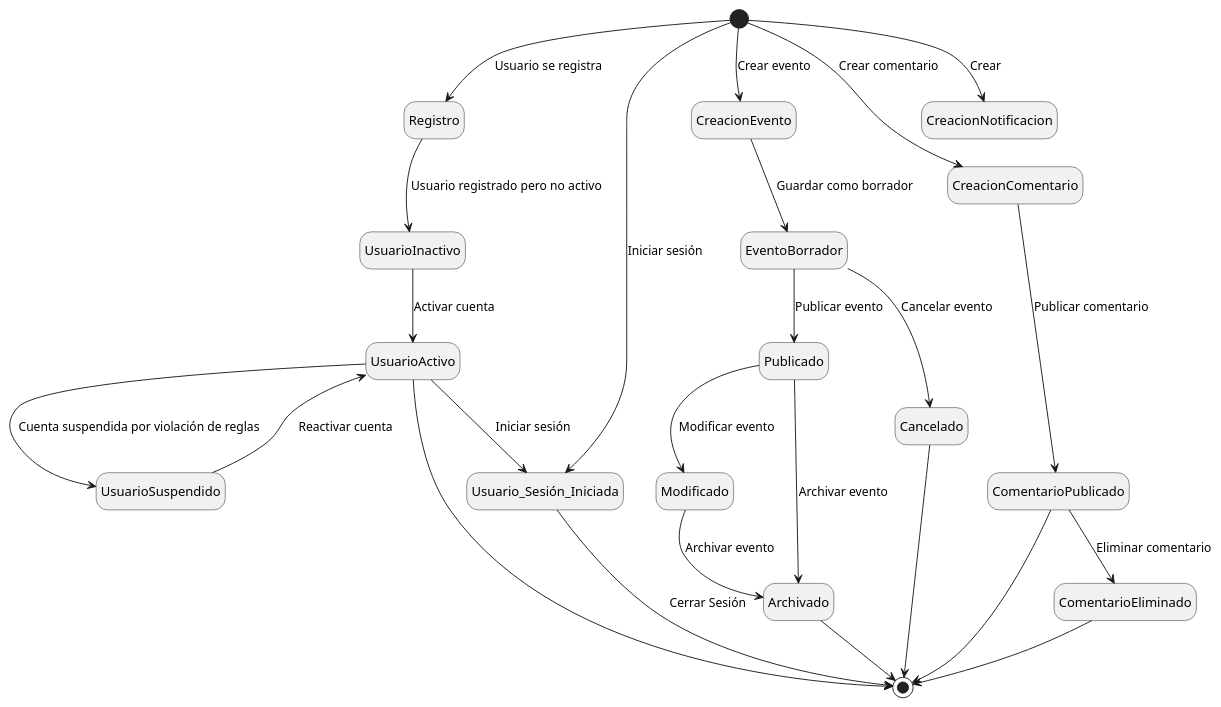
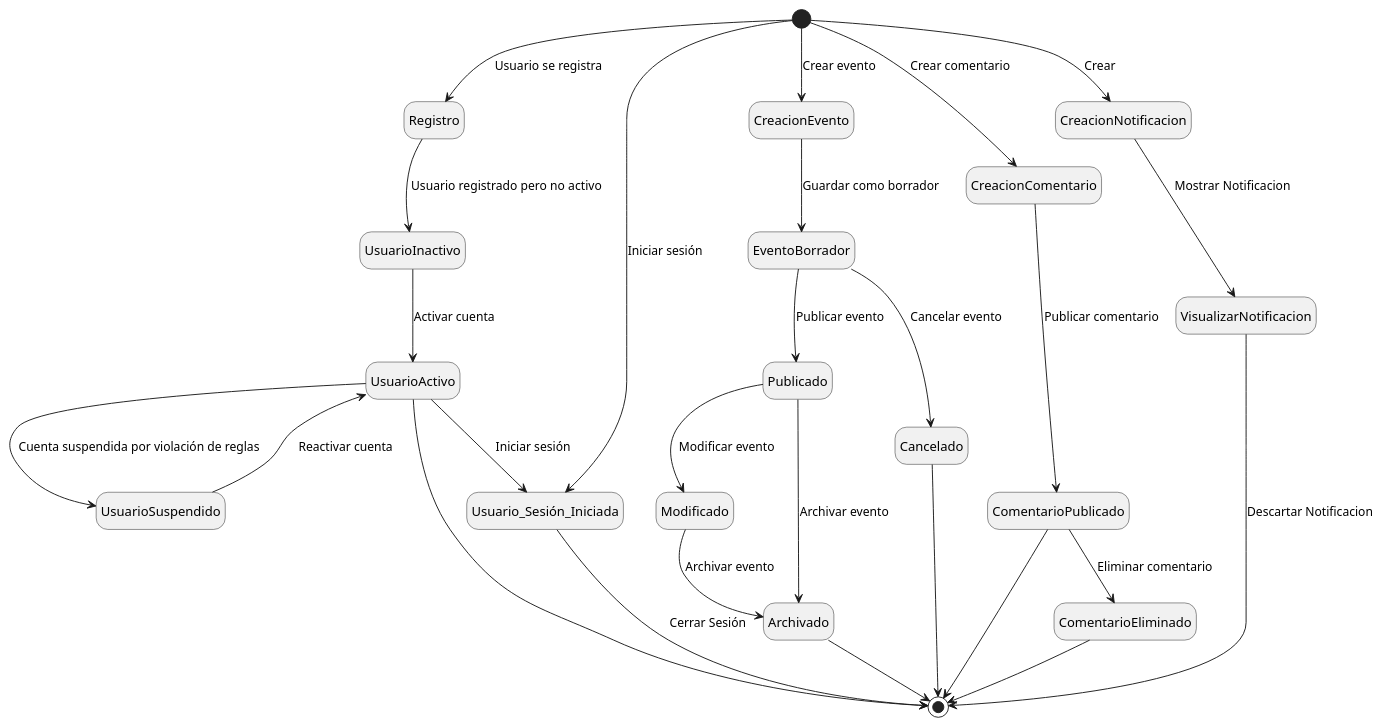
One commit to Andreinalcm/Proyecto_de_inge_grupo4 changed the diagram in docs/diagrams/diagrama_de_estado.plantuml. Above: the diagram before and after it, drawn with PlantUML. The commit also changed 1 other file, not shown here.

Commit message:
Propuesta de modificación al diagrama de estado (parte de notificaciones) e imagen del mismo de plantuml

```diff
--- a/docs/diagrams/diagrama_de_estado.plantuml
+++ b/docs/diagrams/diagrama_de_estado.plantuml
@@ -1,39 +1,41 @@
-@startuml Diagrama ded estados
+@startuml Diagrama de estados
 
 hide empty description
 
 ' Estado inicial
 [*] --> Registro : Usuario se registra
 
 ' Estados del Usuario
 Registro --> UsuarioInactivo : Usuario registrado pero no activo
 UsuarioInactivo --> UsuarioActivo : Activar cuenta
 UsuarioActivo --> UsuarioSuspendido : Cuenta suspendida por violación de reglas
 UsuarioSuspendido --> UsuarioActivo : Reactivar cuenta
 UsuarioActivo --> [*]
 UsuarioActivo --> Usuario_Sesión_Iniciada : Iniciar sesión
 Usuario_Sesión_Iniciada --> [*] : Cerrar Sesión
 [*] --> Usuario_Sesión_Iniciada : Iniciar sesión
 
 ' Estados del Evento
 [*] --> CreacionEvento : Crear evento
 CreacionEvento --> EventoBorrador : Guardar como borrador
 EventoBorrador --> Publicado : Publicar evento
 Publicado --> Modificado: Modificar evento
 Modificado --> Archivado: Archivar evento
 Publicado --> Archivado : Archivar evento
 EventoBorrador --> Cancelado : Cancelar evento
 Cancelado --> [*]
 Archivado --> [*]
 
 ' Estados del Comentario
 [*] --> CreacionComentario : Crear comentario
 CreacionComentario --> ComentarioPublicado : Publicar comentario
 ComentarioPublicado --> ComentarioEliminado : Eliminar comentario
 ComentarioPublicado --> [*]
 ComentarioEliminado --> [*]
 
 ' Estados de las Notificaciones
 [*] --> CreacionNotificacion : Crear
+CreacionNotificacion --> VisualizarNotificacion : Mostrar Notificacion
+VisualizarNotificacion --> [*] : Descartar Notificacion 
 
 @enduml
```
